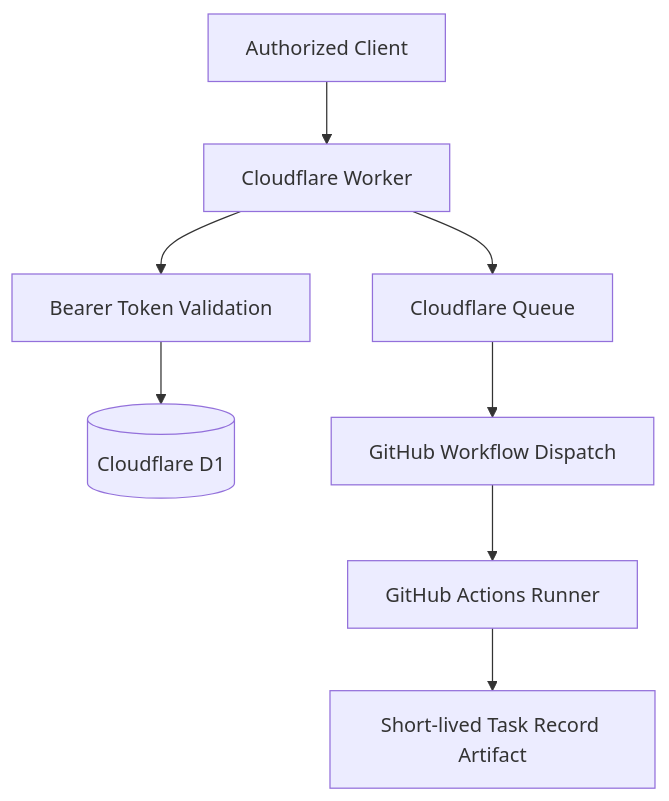
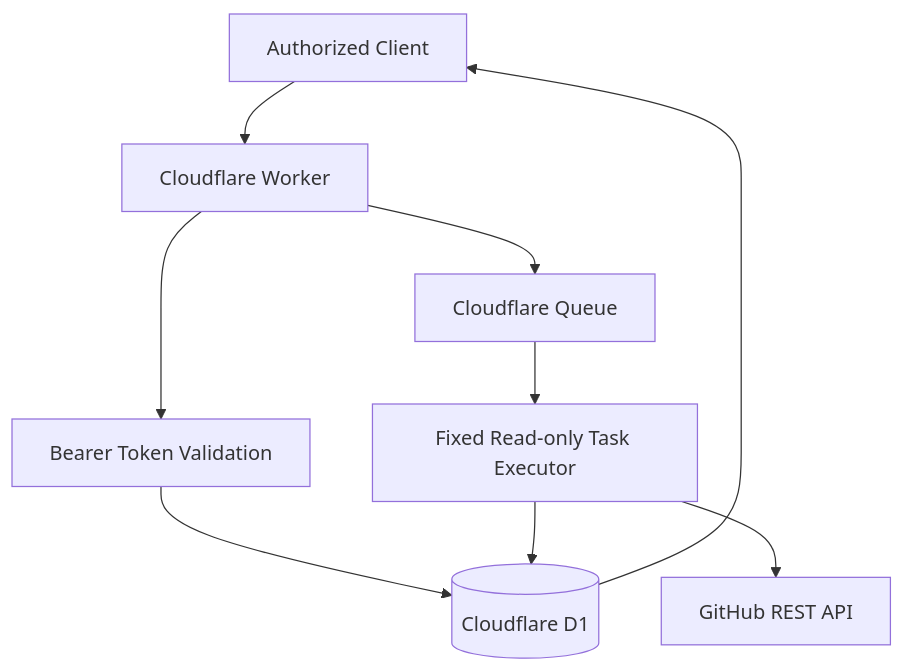
Before and after one commit to zopair/Zubair_AI_Army: the diagram in README.md, drawn with Mermaid. The commit also changed other lines of this file, not shown here.

Commit message:
docs: describe allowlisted task execution and result lifecycle

````diff
--- a/README.md
+++ b/README.md
@@ -21,10 +21,11 @@
 ```mermaid
 flowchart TD
     Client[Authorized Client] --> Worker[Cloudflare Worker]
     Worker --> Auth[Bearer Token Validation]
     Auth --> D1[(Cloudflare D1)]
     Worker --> Queue[Cloudflare Queue]
-    Queue --> Dispatch[GitHub Workflow Dispatch]
-    Dispatch --> Runner[GitHub Actions Runner]
-    Runner --> Artifact[Short-lived Task Record Artifact]
+    Queue --> Allowlist[Fixed Read-only Task Executor]
+    Allowlist --> GitHub[GitHub REST API]
+    Allowlist --> D1
+    D1 --> Client
 ```
````
